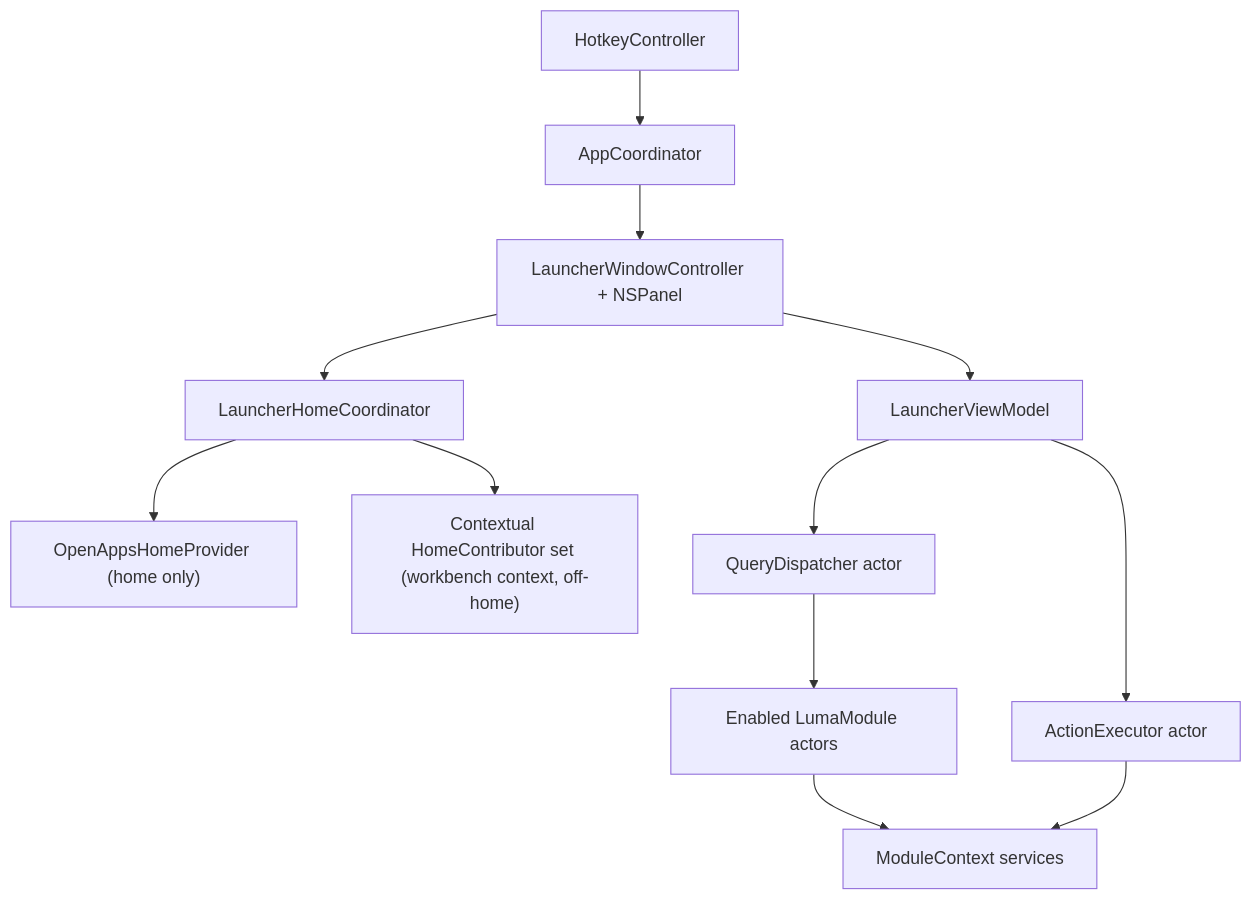
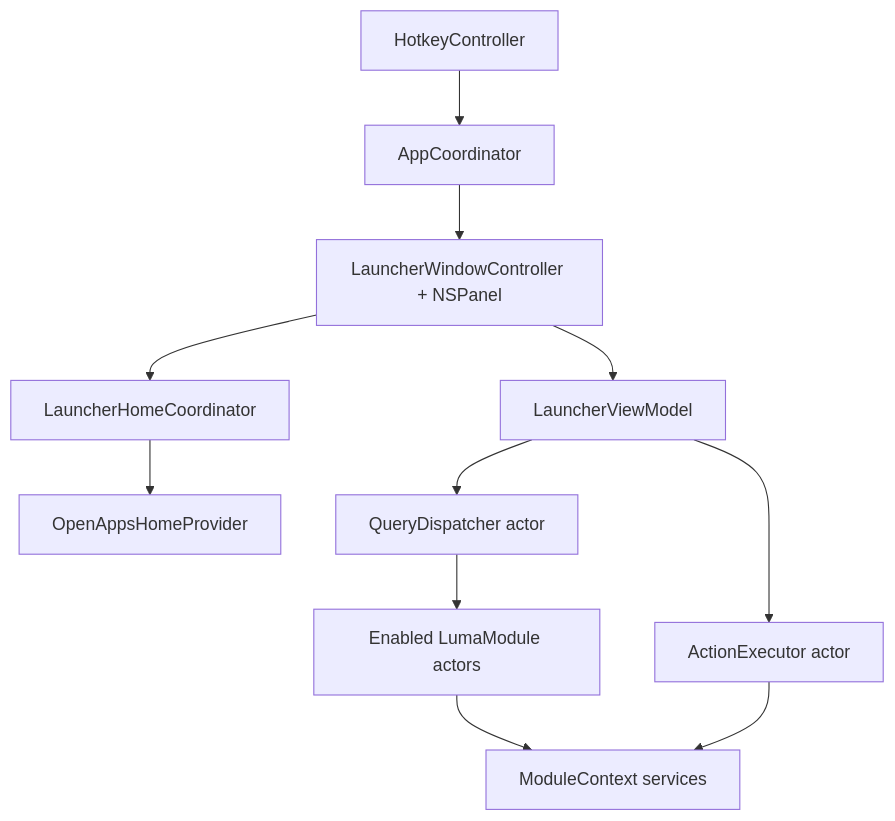
One commit to dyxnb22/Luma changed the first of 2 diagrams in docs/ARCHITECTURE.md. Above: the diagram before and after it, drawn with Mermaid. The commit also changed other lines of this file and 21 other files, not shown here.

First line of the commit message:
Prune stale home APIs and align docs with Open Apps freeze.

````diff
--- a/docs/ARCHITECTURE.md
+++ b/docs/ARCHITECTURE.md
@@ -9,14 +9,13 @@
 ```mermaid
 flowchart TD
     Hotkey["HotkeyController"] --> Coordinator["AppCoordinator"]
     Coordinator --> Panel["LauncherWindowController + NSPanel"]
     Panel --> VM["LauncherViewModel"]
     Panel --> Home["LauncherHomeCoordinator"]
-    Home --> Providers["OpenAppsHomeProvider (home only)"]
-    Home --> Contributors["Contextual HomeContributor set (workbench context, off-home)"]
+    Home --> Providers["OpenAppsHomeProvider"]
     VM --> Dispatcher["QueryDispatcher actor"]
     Dispatcher --> Modules["Enabled LumaModule actors"]
     Modules --> Services["ModuleContext services"]
     VM --> Executor["ActionExecutor actor"]
     Executor --> Services
 ```
````
